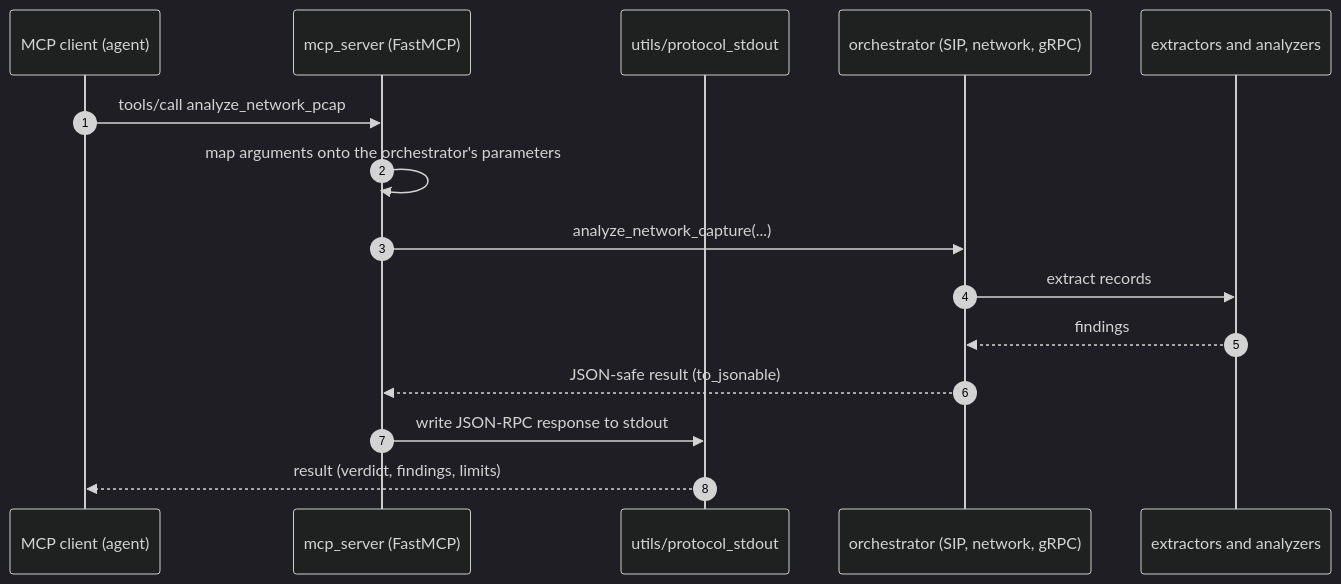
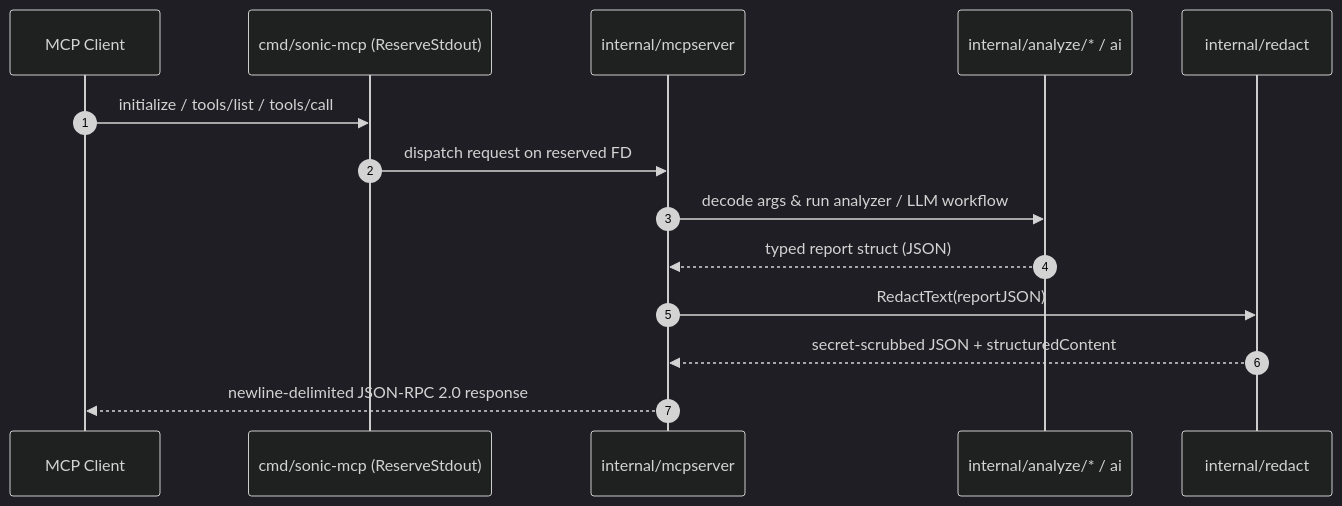
One commit to zombat/sonic changed the third of 5 diagrams in docs/ARCHITECTURE.md. Above: the diagram before and after it, drawn with Mermaid (dark theme). The commit also changed other lines of this file and 15 other files, not shown here.

````diff
--- a/docs/ARCHITECTURE.md
+++ b/docs/ARCHITECTURE.md
@@ -172,18 +81,17 @@
 ```mermaid
 sequenceDiagram
     autonumber
-    participant A as MCP client (agent)
-    participant M as mcp_server (FastMCP)
-    participant P as utils/protocol_stdout
-    participant O as orchestrator (SIP, network, gRPC)
-    participant E as extractors and analyzers
+    participant A as MCP Client
+    participant S as cmd/sonic-mcp (ReserveStdout)
+    participant M as internal/mcpserver
+    participant O as internal/analyze/* / ai
+    participant R as internal/redact
 
-    A->>M: tools/call analyze_network_pcap
-    M->>M: map arguments onto the orchestrator's parameters
-    M->>O: analyze_network_capture(...)
-    O->>E: extract records
-    E-->>O: findings
-    O-->>M: JSON-safe result (to_jsonable)
-    M->>P: write JSON-RPC response to stdout
-    P-->>A: result (verdict, findings, limits)
+    A->>S: initialize / tools/list / tools/call
+    S->>M: dispatch request on reserved FD
+    M->>O: decode args & run analyzer / LLM workflow
+    O-->>M: typed report struct (JSON)
+    M->>R: RedactText(reportJSON)
+    R-->>M: secret-scrubbed JSON + structuredContent
+    M-->>A: newline-delimited JSON-RPC 2.0 response
 ```
````
